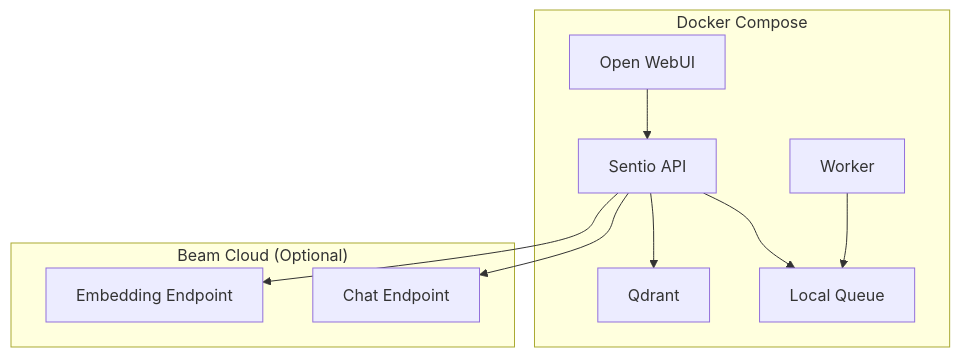
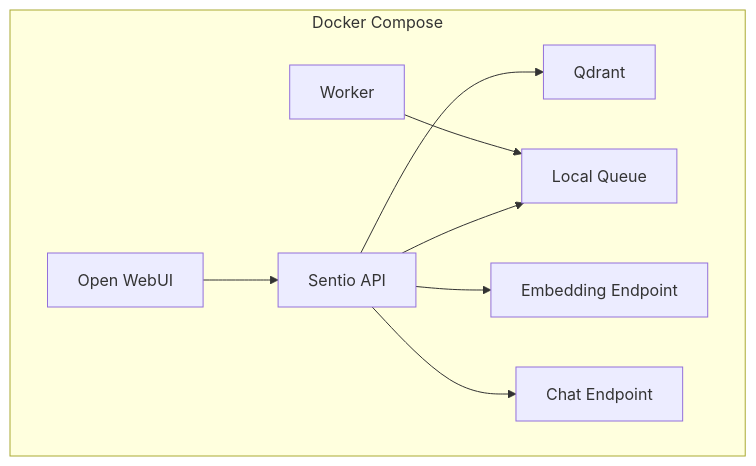
The first of 2 diagrams in README.md (chernistry/sentio), drawn with Mermaid before and after one commit. The commit also changed other lines of this file, not shown here.

````diff
--- a/README.md
+++ b/README.md
@@ -61,22 +59,11 @@
 ```mermaid
 graph TD
-    subgraph DockerCompose ["Docker Compose"]
-        API[Sentio API]
-        QD[Qdrant]
-        WRK[Worker]
-        QUEUE[Local Queue]
-        WEB[Open WebUI]
-    end
-
-    subgraph BeamCloud ["Beam Cloud (Optional)"]
-        EMBED[Embedding Endpoint]
-        CHAT[Chat Endpoint]
-    end
-
-    API --> QD
-    API --> QUEUE
-    API --> EMBED
-    API --> CHAT
-    WRK --> QUEUE
-    WEB --> API
+  subgraph DockerCompose ["Docker Compose"]
+    API[Sentio API] --> QD[Qdrant]
+    API --> QUEUE[Local Queue]
+    API --> EMBED[Embedding Endpoint]
+    API --> CHAT[Chat Endpoint]
+    WRK[Worker] --> QUEUE
+    WEB[Open WebUI] --> API
+  end
 ```
````
